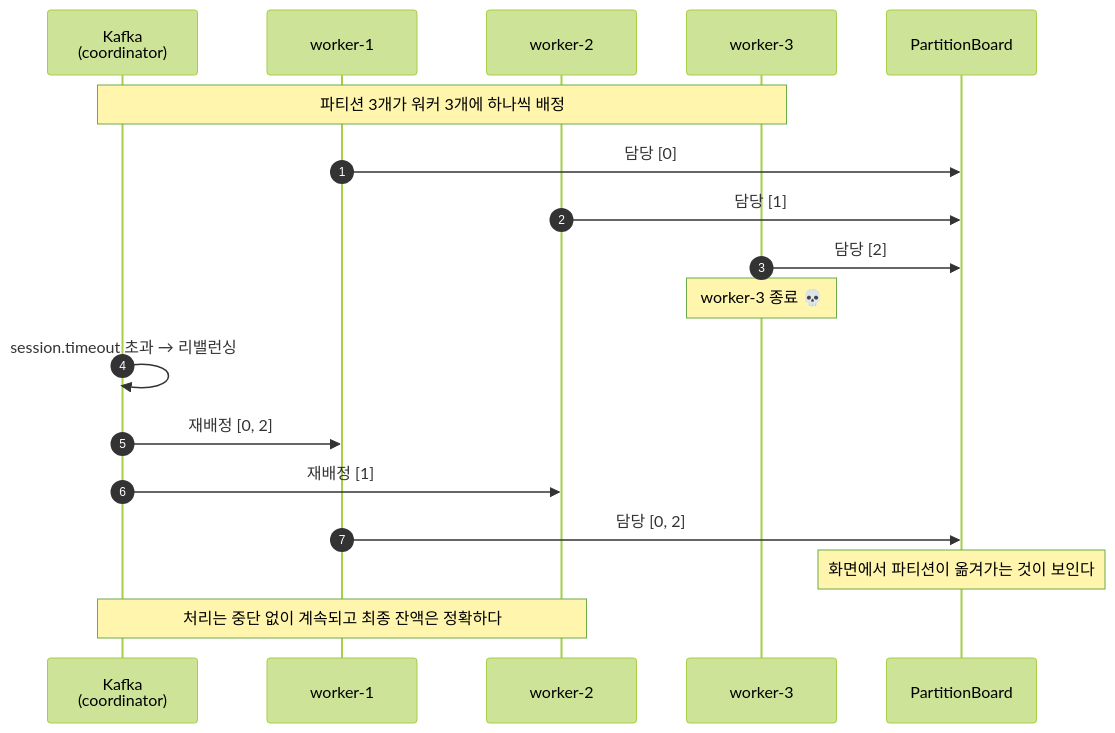
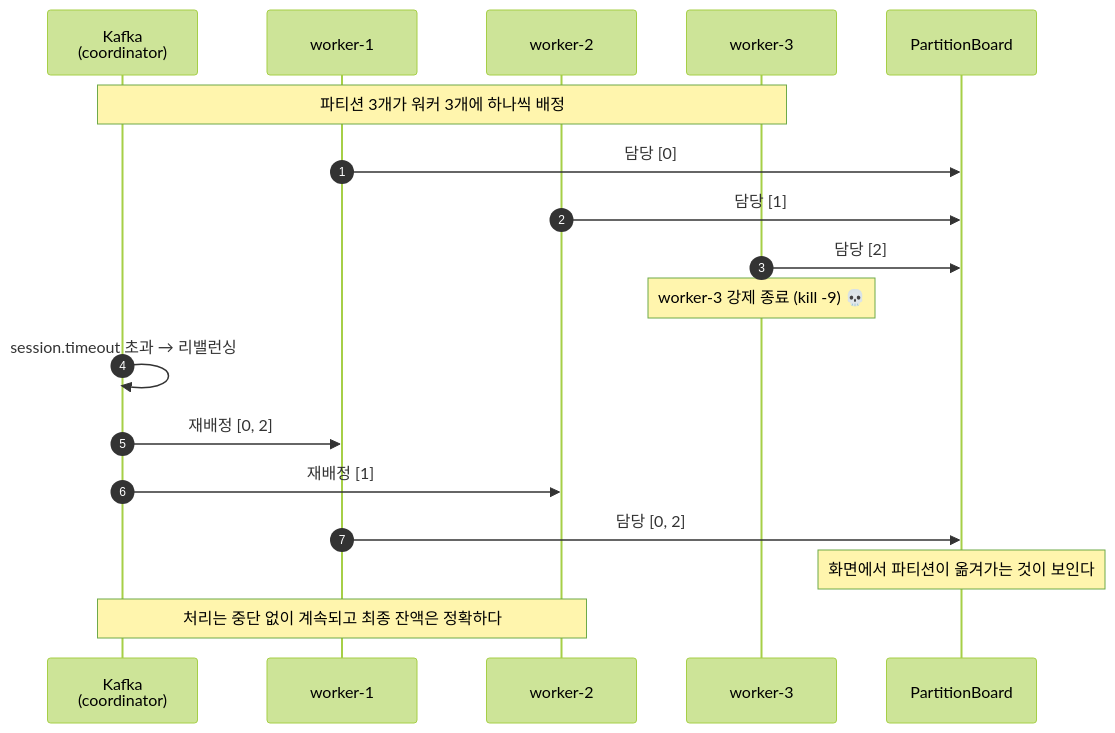
One commit to ytw9699/kafka_study changed the fourth of 8 diagrams in docs/planning/02-architecture.md. Above: the diagram before and after it, drawn with Mermaid (forest theme). The commit also changed other lines of this file and 10 other files, not shown here.

````diff
--- a/docs/planning/02-architecture.md
+++ b/docs/planning/02-architecture.md
@@ -198,23 +198,23 @@
 ```mermaid
 sequenceDiagram
     autonumber
     participant K as Kafka<br/>(coordinator)
     participant W1 as worker-1
     participant W2 as worker-2
     participant W3 as worker-3
     participant FE as PartitionBoard
 
     Note over K,W3: 파티션 3개가 워커 3개에 하나씩 배정
     W1->>FE: 담당 [0]
     W2->>FE: 담당 [1]
     W3->>FE: 담당 [2]
 
-    Note over W3: worker-3 종료 💀
+    Note over W3: worker-3 강제 종료 (kill -9) 💀
     K->>K: session.timeout 초과 → 리밸런싱
     K->>W1: 재배정 [0, 2]
     K->>W2: 재배정 [1]
     W1->>FE: 담당 [0, 2]
     Note over FE: 화면에서 파티션이 옮겨가는 것이 보인다
 
     Note over K,W2: 처리는 중단 없이 계속되고 최종 잔액은 정확하다
 ```
````
